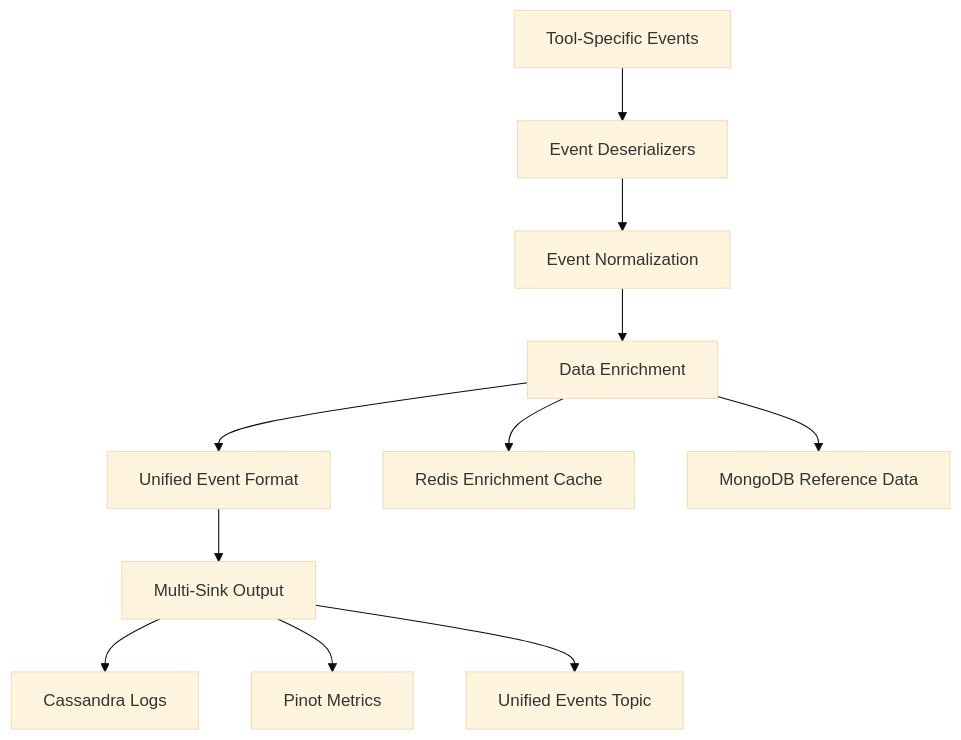
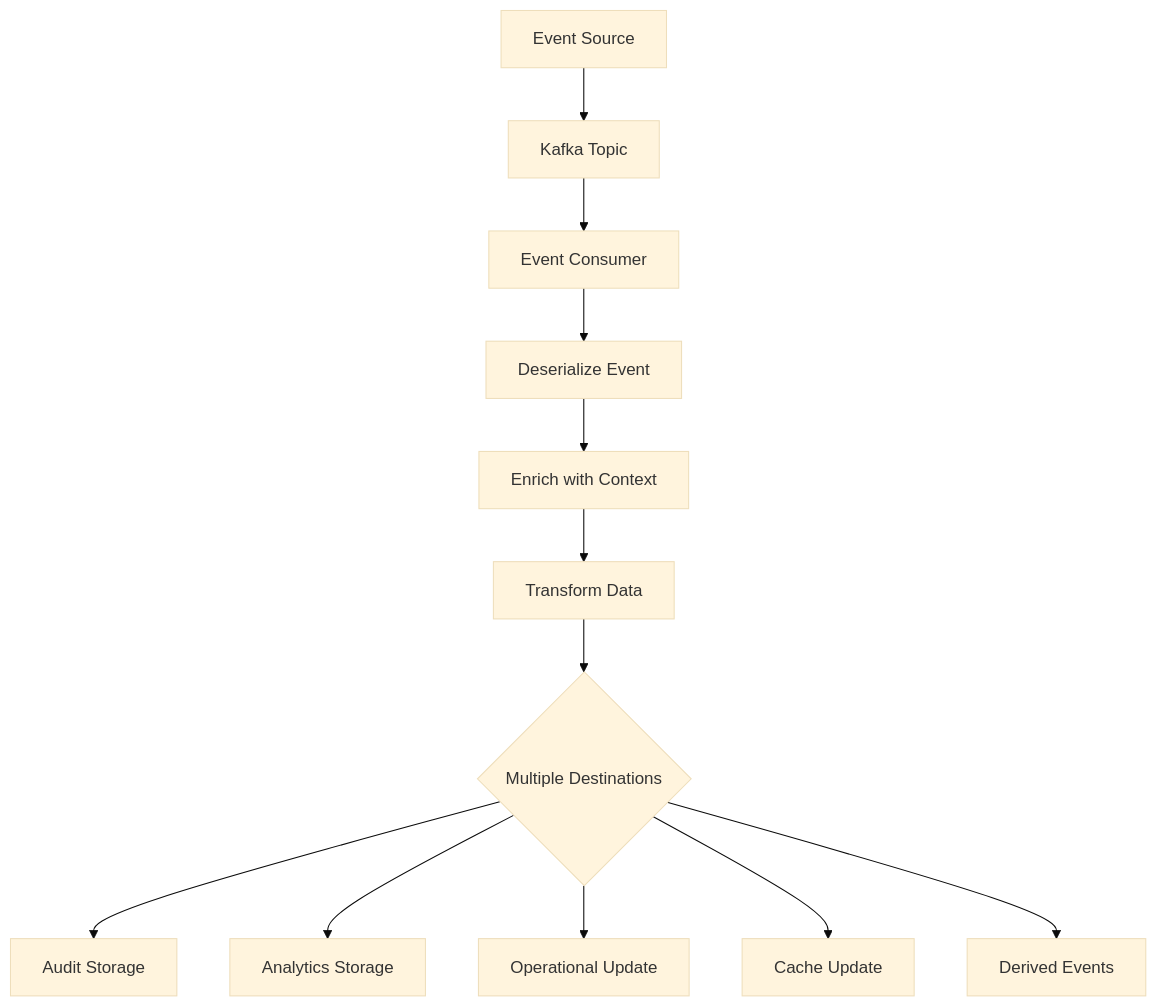
Before and after one commit to flamingo-stack/openframe-oss-lib: the tenth of 18 diagrams in docs/development/architecture/README.md, drawn with Mermaid (base theme). The commit also changed other lines of this file and 212 other files, not shown here.

````diff
--- a/docs/development/architecture/README.md
+++ b/docs/development/architecture/README.md
@@ -349,15 +356,15 @@
 ```mermaid
 flowchart TD
-    ToolEvents[Tool-Specific Events] --> Deserializer[Event Deserializers]
-    Deserializer --> Normalize[Event Normalization]
-    Normalize --> Enrich[Data Enrichment]
-    Enrich --> UnifiedEvent[Unified Event Format]
-    UnifiedEvent --> MultiSink[Multi-Sink Output]
+    Source[Event Source] --> Kafka[Kafka Topic]
+    Kafka --> Consumer[Event Consumer]
+    Consumer --> Deserialize[Deserialize Event]
+    Deserialize --> Enrich[Enrich with Context]
+    Enrich --> Transform[Transform Data]
+    Transform --> Multiple{Multiple Destinations}
     
-    MultiSink --> CassandraLogs[Cassandra Logs]
-    MultiSink --> PinotMetrics[Pinot Metrics]
-    MultiSink --> KafkaUnified[Unified Events Topic]
-    
-    Enrich --> RedisCache[Redis Enrichment Cache]
-    Enrich --> MongoLookup[MongoDB Reference Data]
+    Multiple --> Cassandra[Audit Storage]
+    Multiple --> Pinot[Analytics Storage]
+    Multiple --> MongoDB[Operational Update]
+    Multiple --> Redis[Cache Update]
+    Multiple --> Derived[Derived Events]
 ```
````
